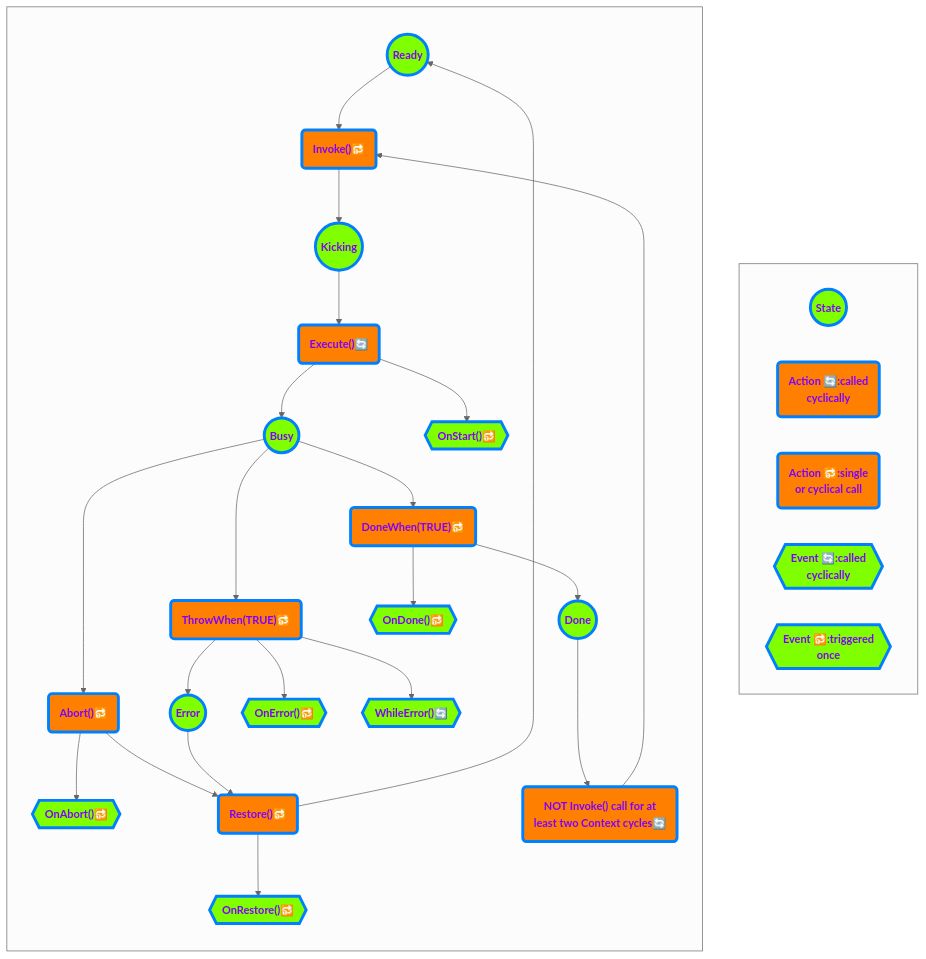
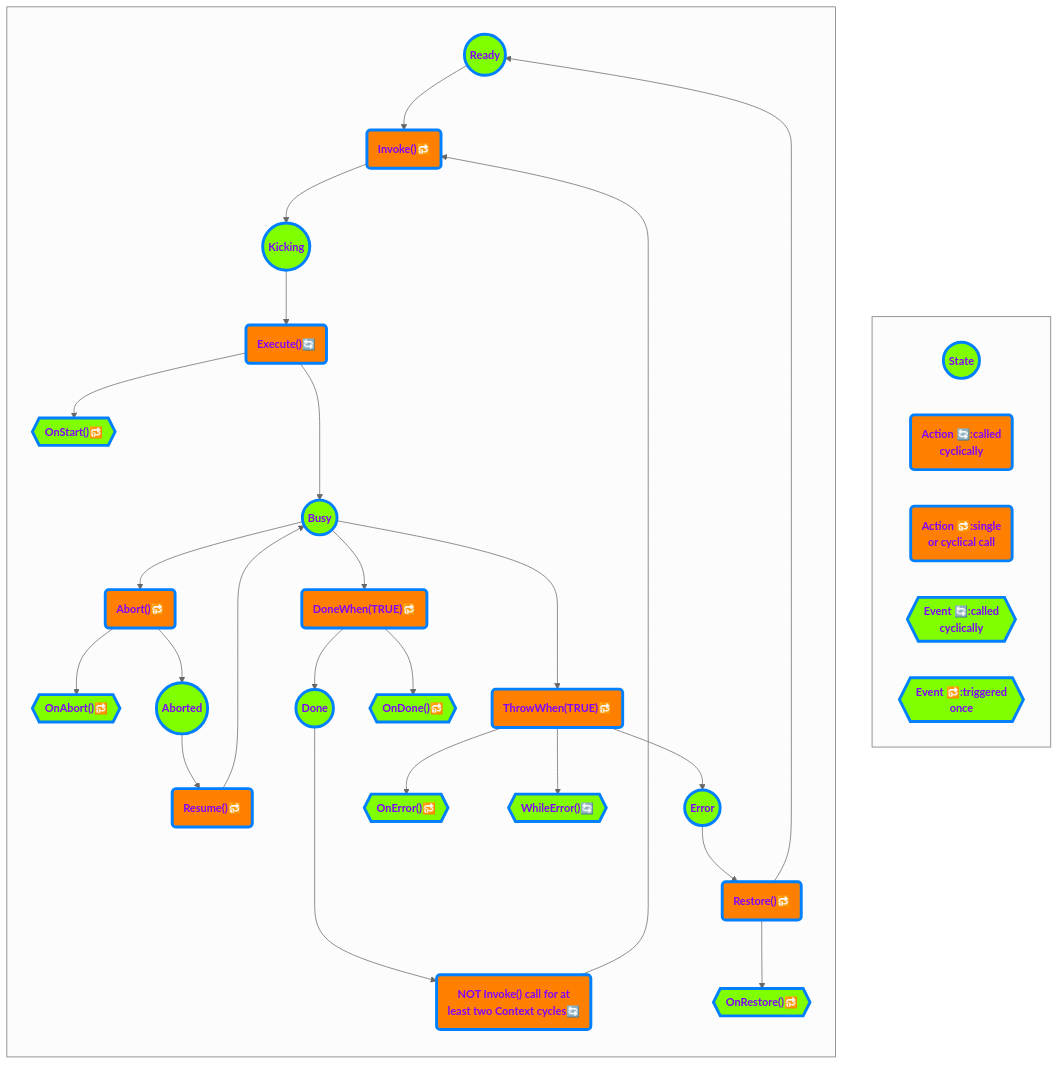
The fourth of 4 diagrams in src/core/ctrl/README.md (ix-ax/AXOpen), drawn with Mermaid (neutral theme) before and after one commit. The commit also changed other lines of this file and 16 other files, not shown here.

Commit message:
visual components for CommandTask and Sequencer

````diff
--- a/src/core/ctrl/README.md
+++ b/src/core/ctrl/README.md
@@ -150,59 +150,63 @@
 ```mermaid
 flowchart TD
     classDef states fill:#80FF00,stroke:#0080FF,stroke-width:4px,color:#7F00FF,font-size:15px,font-weight:bold                                                      
     classDef actions fill:#ff8000,stroke:#0080ff,stroke-width:4px,color:#7F00FF,font-size:15px,font-weight:bold                                                      
     classDef events fill:#80FF00,stroke:#0080ff,stroke-width:4px,color:#7F00FF,font-size:15px,font-weight:bold                                                      
 
     s1((Ready)):::states
     s2((Kicking)):::states
     s3((Busy)):::states
     s4((Done)):::states
     s5((Error)):::states
+    s6((Aborted)):::states
     a1("Invoke()#128258;"):::actions
     a2("Execute()#128260;"):::actions
     a3("DoneWhen(TRUE)#128258;"):::actions
     a4("ThrowWhen(TRUE)#128258;"):::actions
     a5("NOT Invoke() call for at<br>least two Context cycles#128260;"):::actions
     a6("Restore()#128258;"):::actions
     a7("Abort()#128258;"):::actions
+    a8("Resume()#128258;"):::actions
     e1{{"OnStart()#128258;"}}:::events
     e2{{"OnError()#128258;"}}:::events
     e3{{"WhileError()#128260;"}}:::events
     e4{{"OnDone()#128258;"}}:::events
     e5{{"OnAbort()#128258;"}}:::events
     e6{{"OnRestore()#128258;"}}:::events
     
     subgraph legend[" "]
         direction LR
         s((State)):::states
         ac("Action #128260;:called<br>cyclically"):::actions
         as("Action #128258;:single<br>or cyclical call "):::actions
         ec{{"Event #128260;:called<br>cyclically"}}:::events
         es{{"Event #128258;:triggered<br>once "}}:::events
     end
     
     subgraph chart[" "]
         direction TB
         s1
         s1-->a1
         a1-->s2
         s2-->a2
         s3-->a3
         s3-->a7
         a7-->e5
-        a7-->a6
+        a7-->s6
+        s6-->a8
+        a8-->s3
         a3-->s4
-        s4--->a5
+        s4---->a5
         a5-->a1
-        a2-->s3
+        a2--->s3
         s3--->a4
         a4-->s5
         s5-->a6
         a6-->e6
         a2-->e1
         a4-->e2
         a4-->e3
         a3-->e4
         a6-->s1
     end
 ```
````
